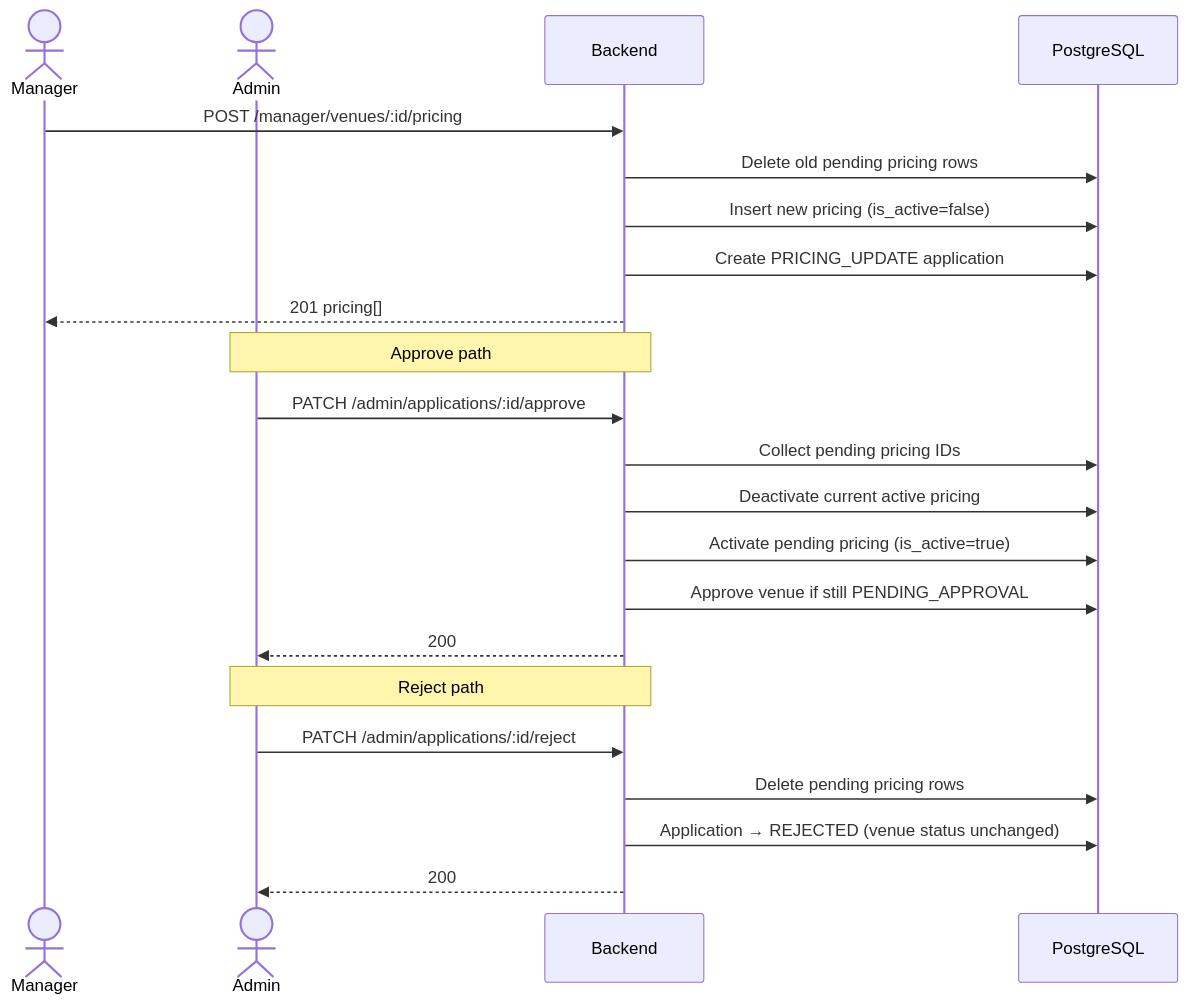
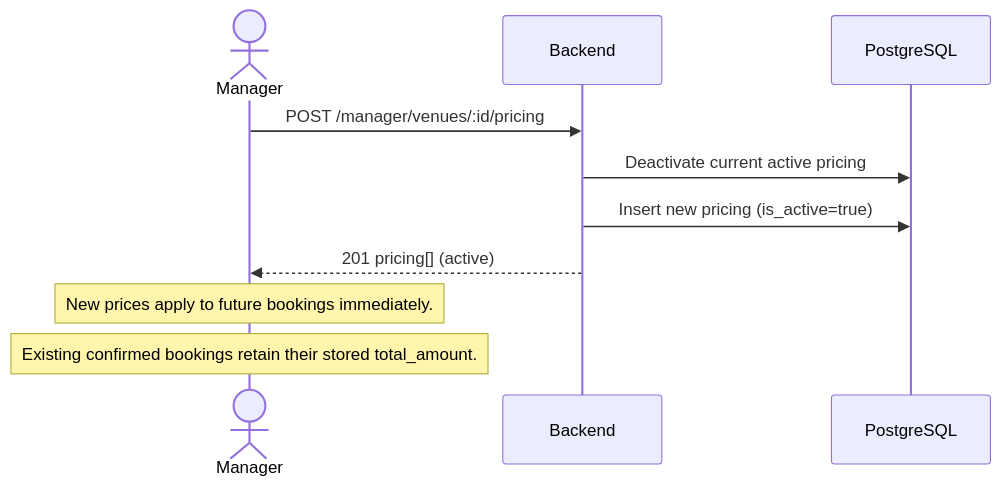
The third of 5 diagrams in backend/docs/design.md (Nit-Simple/BookMyVenue), drawn with Mermaid before and after one commit. The commit also changed other lines of this file and 9 other files, not shown here.

Commit message:
added changes to venue pricing application .. pricing changes dont need admin approval now

````diff
--- a/backend/docs/design.md
+++ b/backend/docs/design.md
@@ -698,27 +742,13 @@
 ```mermaid
 sequenceDiagram
     actor M as Manager
-    actor A as Admin
     participant B as Backend
     participant DB as PostgreSQL
 
     M->>B: POST /manager/venues/:id/pricing
-    B->>DB: Delete old pending pricing rows
-    B->>DB: Insert new pricing (is_active=false)
-    B->>DB: Create PRICING_UPDATE application
-    B-->>M: 201 pricing[]
-
-    Note over A,B: Approve path
-    A->>B: PATCH /admin/applications/:id/approve
-    B->>DB: Collect pending pricing IDs
     B->>DB: Deactivate current active pricing
-    B->>DB: Activate pending pricing (is_active=true)
-    B->>DB: Approve venue if still PENDING_APPROVAL
-    B-->>A: 200
-
-    Note over A,B: Reject path
-    A->>B: PATCH /admin/applications/:id/reject
-    B->>DB: Delete pending pricing rows
-    B->>DB: Application → REJECTED (venue status unchanged)
-    B-->>A: 200
+    B->>DB: Insert new pricing (is_active=true)
+    B-->>M: 201 pricing[] (active)
+    Note over M: New prices apply to future bookings immediately.
+    Note over M: Existing confirmed bookings retain their stored total_amount.
 ```
````
